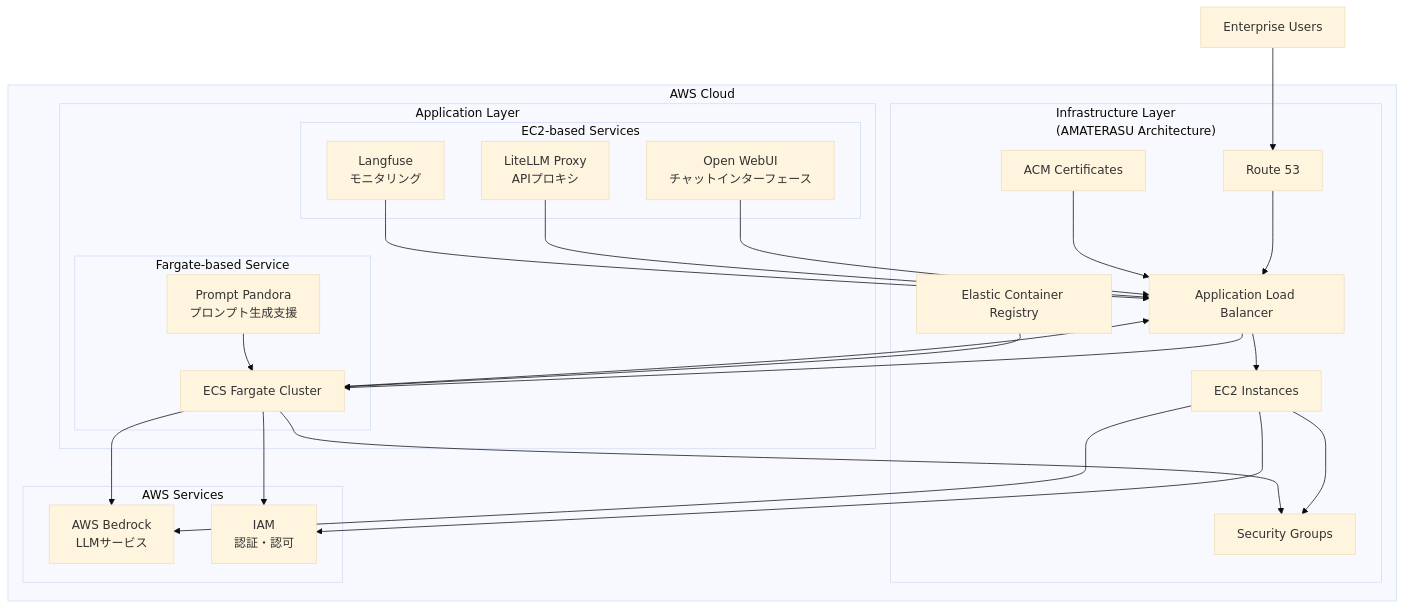
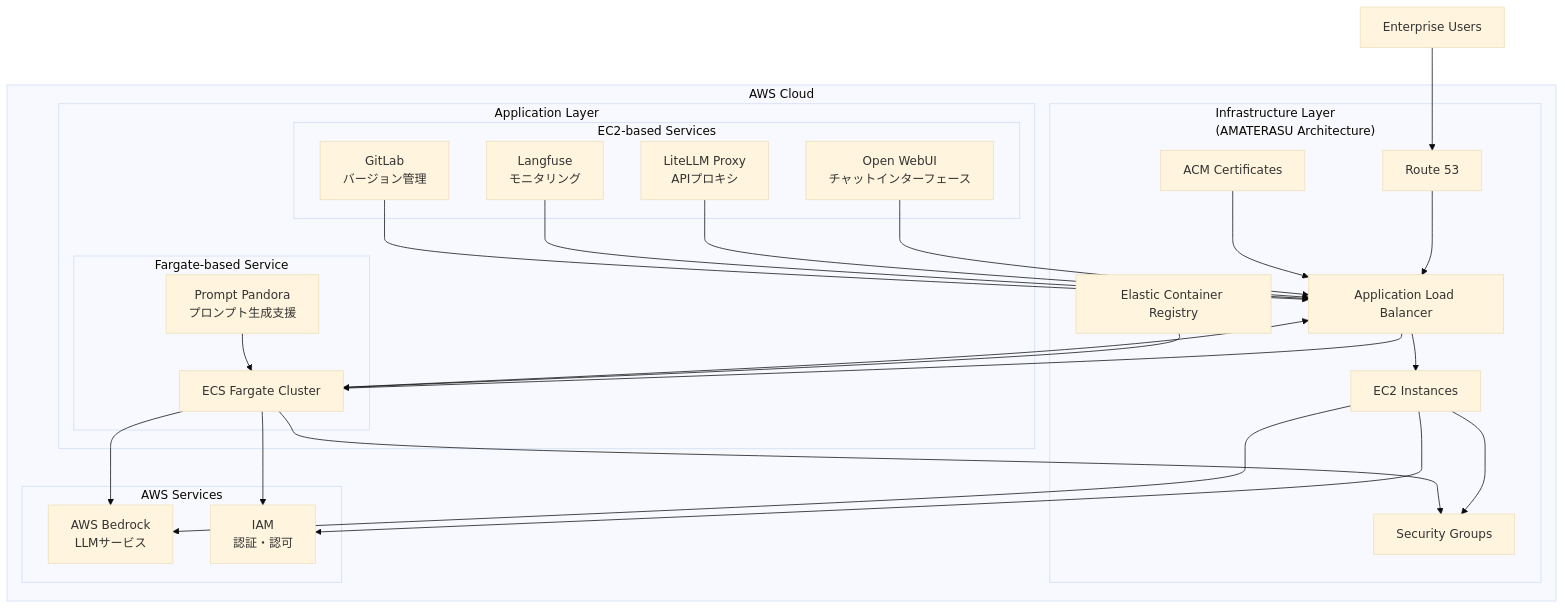
One commit to Sunwood-ai-labs/AMATERASU changed the diagram in README.md. Above: the diagram before and after it, drawn with Mermaid (base theme). The commit also changed other lines of this file, not shown here.

First line of the commit message:
✨ feat: GitLab統合とドキュメント更新

````diff
--- a/README.md
+++ b/README.md
@@ -40,59 +39,61 @@
 ```mermaid
 graph TB
     subgraph "AWS Cloud"
         subgraph "Application Layer"
             subgraph "EC2-based Services"
                 OW["Open WebUI<br/>チャットインターフェース"]
                 LL["LiteLLM Proxy<br/>APIプロキシ"]
                 LF["Langfuse<br/>モニタリング"]
+                GL["GitLab<br/>バージョン管理"]
             end
             
             subgraph "Fargate-based Service"
                 PP["Prompt Pandora<br/>プロンプト生成支援"]
                 ECS["ECS Fargate Cluster"]
             end
         end
         
         subgraph "Infrastructure Layer<br>(AMATERASU Architecture)"
             ALB["Application Load Balancer"]
             EC2["EC2 Instances"]
             SG["Security Groups"]
             R53["Route 53"]
             ACM["ACM Certificates"]
             ECR["Elastic Container Registry"]
         end
         
         subgraph "AWS Services"
             Bedrock["AWS Bedrock<br/>LLMサービス"]
             IAM["IAM<br/>認証・認可"]
         end
         
         %% EC2ベースのサービスの接続
         OW --> ALB
         LL --> ALB
         LF --> ALB
+        GL --> ALB
         
         %% Fargateベースのサービスの接続
         PP --> ECS
         ECS --> ALB
         
         %% インフラストラクチャの接続
         ALB --> EC2
         ALB --> ECS
         EC2 --> SG
         ECS --> SG
         R53 --> ALB
         ACM --> ALB
         
         %% コンテナイメージの流れ
         ECR --> ECS
         
         %% AWS サービスとの接続
         EC2 --> Bedrock
         ECS --> Bedrock
         EC2 --> IAM
         ECS --> IAM
     end
 
     Users["Enterprise Users"] --> R53
 ```
````
